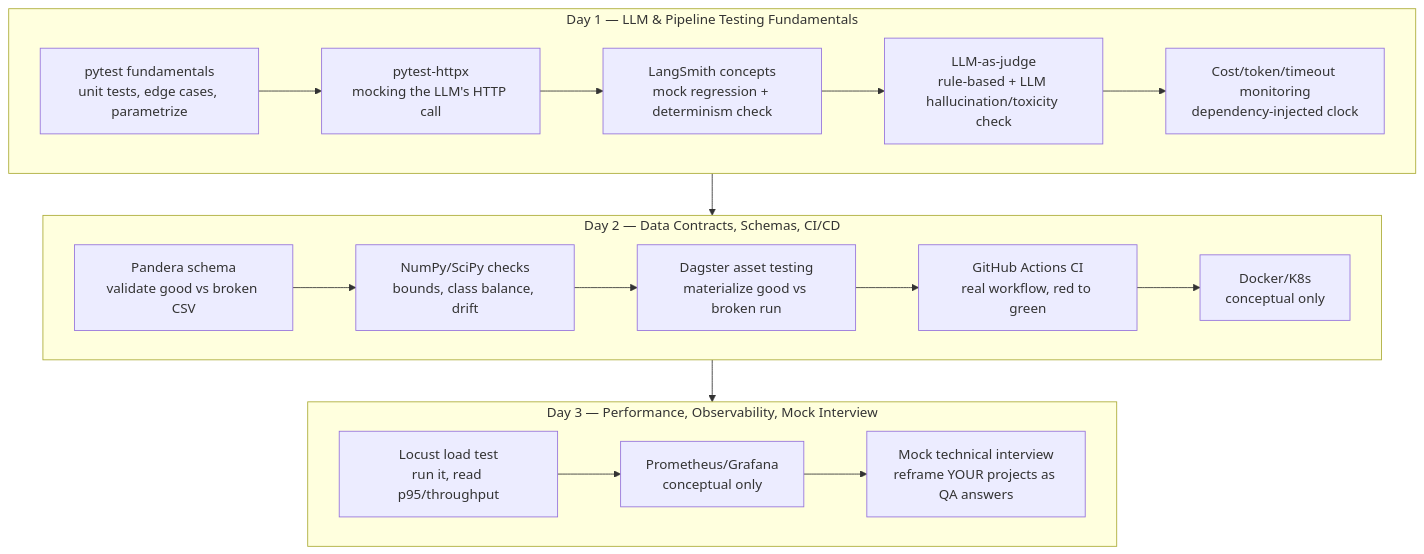
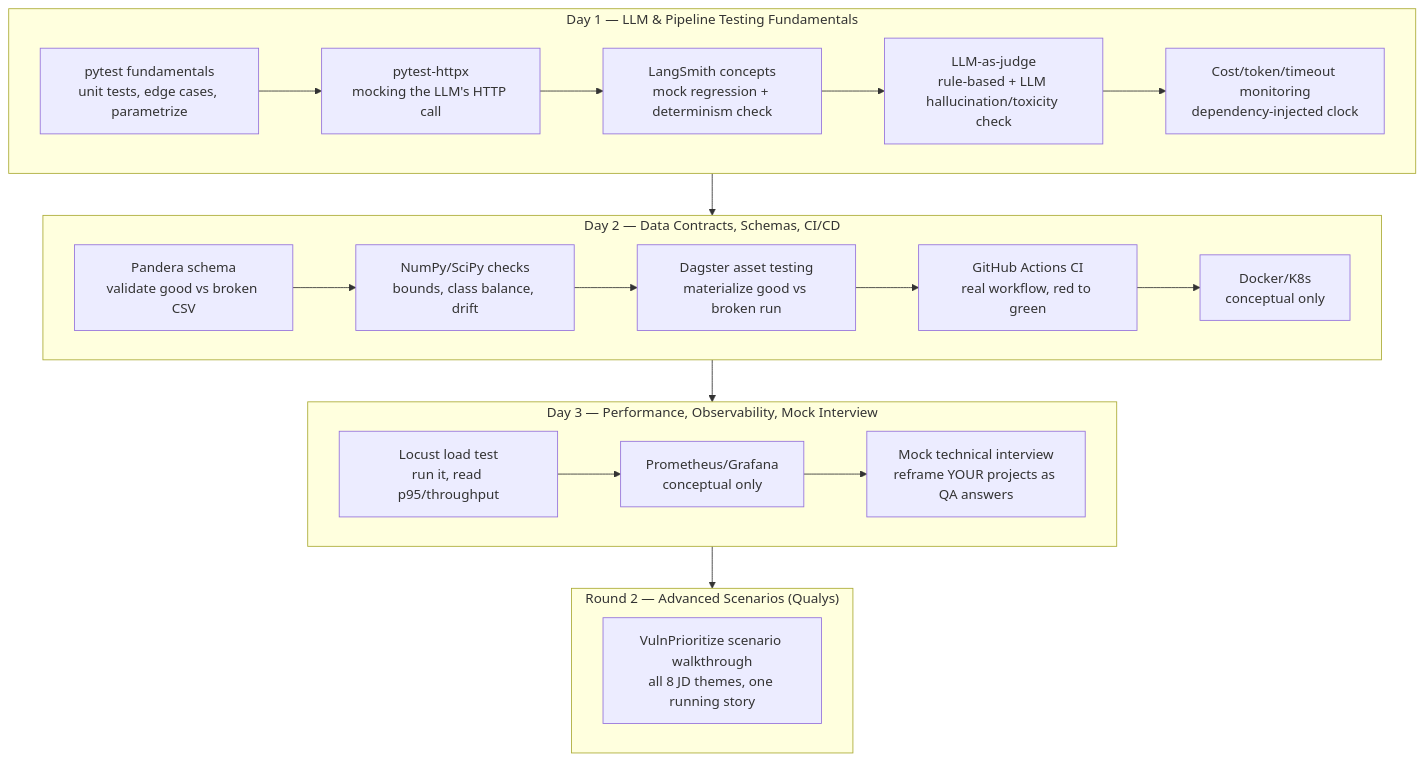
The diagram in QA-Data-Science-Engineer-Bootcamp/README.md (Arj0010/ai-engineer-bootcamp), drawn with Mermaid before and after one commit. The commit also changed other lines of this file and 10 other files, not shown here.

````diff
--- a/QA-Data-Science-Engineer-Bootcamp/README.md
+++ b/QA-Data-Science-Engineer-Bootcamp/README.md
@@ -20,29 +20,33 @@
 ```mermaid
 flowchart TD
     subgraph Day1["Day 1 — LLM & Pipeline Testing Fundamentals"]
         D1A[pytest fundamentals\nunit tests, edge cases, parametrize]
         D1B[pytest-httpx\nmocking the LLM's HTTP call]
         D1C[LangSmith concepts\nmock regression + determinism check]
         D1D[LLM-as-judge\nrule-based + LLM hallucination/toxicity check]
         D1E[Cost/token/timeout monitoring\ndependency-injected clock]
         D1A --> D1B --> D1C --> D1D --> D1E
     end
 
     subgraph Day2["Day 2 — Data Contracts, Schemas, CI/CD"]
         D2A[Pandera schema\nvalidate good vs broken CSV]
         D2B[NumPy/SciPy checks\nbounds, class balance, drift]
         D2C[Dagster asset testing\nmaterialize good vs broken run]
         D2D[GitHub Actions CI\nreal workflow, red to green]
         D2E[Docker/K8s\nconceptual only]
         D2A --> D2B --> D2C --> D2D --> D2E
     end
 
     subgraph Day3["Day 3 — Performance, Observability, Mock Interview"]
         D3A[Locust load test\nrun it, read p95/throughput]
         D3B[Prometheus/Grafana\nconceptual only]
         D3C[Mock technical interview\nreframe YOUR projects as QA answers]
         D3A --> D3B --> D3C
     end
 
-    Day1 --> Day2 --> Day3
+    subgraph Round2["Round 2 — Advanced Scenarios (Qualys)"]
+        R2[VulnPrioritize scenario walkthrough\nall 8 JD themes, one running story]
+    end
+
+    Day1 --> Day2 --> Day3 --> Round2
 ```
````
